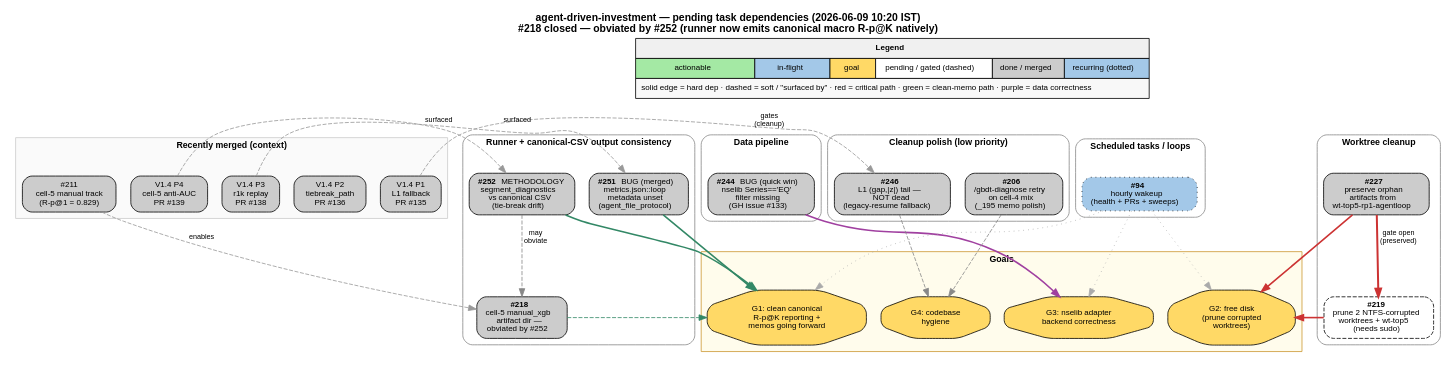
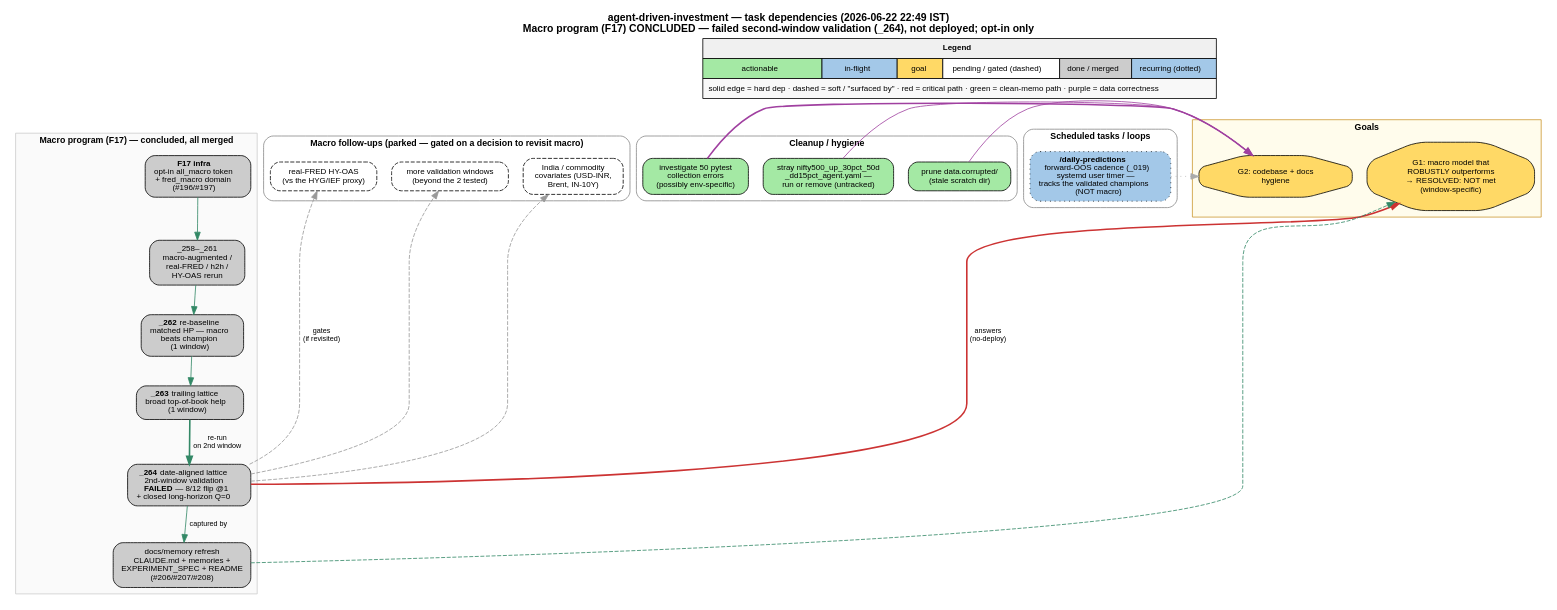
One commit to shayanrc/agent-driven-investment changed the diagram in docs/task_dependencies.dot. Above: the diagram before and after it, drawn with Graphviz. The commit also changed 2 other files, not shown here.

Commit message:
docs: regenerate task dependency graph to current state (post-macro)
The graph was a 2026-06-09 snapshot predating the macro program. Rebuild to reflect
reality: macro program (F17) concluded + all merged (infra -> _262 -> _263 -> _264 ->
docs) with _264's failed second-window validation resolving the 'robustly outperform'
goal as NOT met (no-deploy); parked optional follow-ups (real-FRED HY-OAS, more windows,
India/commodity covariates) as gated; cleanup items (data.corrupted/ prune, stray
nifty500 spec, 50 pytest collection errors) as actionable; /daily-predictions as the
recurring loop. Rendered PNG+SVG via graphviz per house style.

```diff
--- a/docs/task_dependencies.dot
+++ b/docs/task_dependencies.dot
@@ -1,153 +1,125 @@
 digraph tasks {
   rankdir=TB;
   fontname="Helvetica";
   bgcolor="white";
   node [fontname="Helvetica", fontsize=10, shape=box, style="rounded,filled", margin="0.15,0.08"];
   edge [fontname="Helvetica", fontsize=9];
-  graph [labelloc="t", label="agent-driven-investment — pending task dependencies (2026-06-09 10:20 IST)\n#218 closed — obviated by #252 (runner now emits canonical macro R-p@K natively)", fontsize=13, fontname="Helvetica-Bold"];
+  graph [labelloc="t", label="agent-driven-investment — task dependencies (2026-06-22 22:49 IST)\nMacro program (F17) CONCLUDED — failed second-window validation (_264), not deployed; opt-in only", fontsize=13, fontname="Helvetica-Bold"];
 
   // Legend in isolated top rank
   {
     rank=source;
     legend [shape=none, margin=0, label=<
       <TABLE BORDER="0" CELLBORDER="1" CELLSPACING="0" CELLPADDING="6">
         <TR><TD COLSPAN="6" BGCOLOR="#f0f0f0"><B>Legend</B></TD></TR>
         <TR>
           <TD BGCOLOR="#a4e9a4">actionable</TD>
           <TD BGCOLOR="#a3c8e8">in-flight</TD>
           <TD BGCOLOR="#ffd966">goal</TD>
           <TD BGCOLOR="#ffffff">pending / gated (dashed)</TD>
           <TD BGCOLOR="#cccccc">done / merged</TD>
           <TD BGCOLOR="#a3c8e8">recurring (dotted)</TD>
         </TR>
         <TR><TD COLSPAN="6" BGCOLOR="#f8f8f8">solid edge = hard dep · dashed = soft / "surfaced by" · red = critical path · green = clean-memo path · purple = data correctness</TD></TR>
       </TABLE>
     >];
   }
 
-  // Done cluster
-  subgraph cluster_done {
-    label = "Recently merged (context)";
+  // Macro program — concluded (done cluster)
+  subgraph cluster_macro {
+    label = "Macro program (F17) — concluded, all merged";
     style = "filled";
     fillcolor = "#fafafa";
     color = "#cccccc";
     fontname = "Helvetica-Bold";
     fontsize = 11;
 
-    v14p1 [label="V1.4 P1\nL1 fallback\nPR #135", fillcolor="#cccccc"];
-    v14p2 [label="V1.4 P2\ntiebreak_path\nPR #136", fillcolor="#cccccc"];
-    v14p3 [label="V1.4 P3\nr1k replay\nPR #138", fillcolor="#cccccc"];
-    v14p4 [label="V1.4 P4\ncell-5 anti-AUC\nPR #139", fillcolor="#cccccc"];
-    cell5_manual [label="#211\ncell-5 manual track\n(R-p@1 = 0.829)", fillcolor="#cccccc"];
+    m_infra [label=<<B>F17 infra</B><BR/>opt-in all_macro token<BR/>+ fred_macro domain<BR/>(#196/#197)>, fillcolor="#cccccc"];
+    m_258 [label="_258–_261\nmacro-augmented /\nreal-FRED / h2h /\nHY-OAS rerun", fillcolor="#cccccc"];
+    m_262 [label=<<B>_262</B> re-baseline<BR/>matched HP — macro<BR/>beats champion<BR/>(1 window)>, fillcolor="#cccccc"];
+    m_263 [label=<<B>_263</B> trailing lattice<BR/>broad top-of-book help<BR/>(1 window)>, fillcolor="#cccccc"];
+    m_264 [label=<<B>_264</B> date-aligned lattice<BR/>2nd-window validation<BR/><B>FAILED</B> — 8/12 flip @1<BR/>+ closed long-horizon Q=0>, fillcolor="#cccccc"];
+    m_docs [label="docs/memory refresh\nCLAUDE.md + memories +\nEXPERIMENT_SPEC + README\n(#206/#207/#208)", fillcolor="#cccccc"];
   }
 
-  // Runner / methodology cluster
-  subgraph cluster_runner {
-    label = "Runner + canonical-CSV output consistency";
+  // Macro follow-ups — parked / optional
+  subgraph cluster_followups {
+    label = "Macro follow-ups (parked — gated on a decision to revisit macro)";
     style = "rounded";
     color = "#888888";
     fontname = "Helvetica-Bold";
     fontsize = 11;
 
-    t251 [label=<<B>#251</B> BUG (merged)<BR/>metrics.json::loop<BR/>metadata unset<BR/>(agent_file_protocol)>, fillcolor="#cccccc"];
-    t252 [label=<<B>#252</B> METHODOLOGY<BR/>segment_diagnostics<BR/>vs canonical CSV<BR/>(tie-break drift)>, fillcolor="#cccccc"];
-    t218 [label=<<B>#218</B><BR/>cell-5 manual_xgb<BR/>artifact dir —<BR/>obviated by #252>, fillcolor="#cccccc"];
+    f_hyoas [label="real-FRED HY-OAS\n(vs the HYG/IEF proxy)", fillcolor="#ffffff", style="rounded,filled,dashed"];
+    f_windows [label="more validation windows\n(beyond the 2 tested)", fillcolor="#ffffff", style="rounded,filled,dashed"];
+    f_india [label="India / commodity\ncovariates (USD-INR,\nBrent, IN-10Y)", fillcolor="#ffffff", style="rounded,filled,dashed"];
   }
 
-  // Data pipeline
-  subgraph cluster_data {
-    label = "Data pipeline";
+  // Cleanup / hygiene
+  subgraph cluster_cleanup {
+    label = "Cleanup / hygiene";
     style = "rounded";
     color = "#888888";
     fontname = "Helvetica-Bold";
     fontsize = 11;
 
-    t244 [label=<<B>#244</B> BUG (quick win)<BR/>nselib Series=='EQ'<BR/>filter missing<BR/>(GH issue #133)>, fillcolor="#cccccc"];
-  }
-
-  // Worktree cleanup cluster
-  subgraph cluster_worktree {
-    label = "Worktree cleanup";
-    style = "rounded";
-    color = "#888888";
-    fontname = "Helvetica-Bold";
-    fontsize = 11;
-
-    t227 [label=<<B>#227</B><BR/>preserve orphan<BR/>artifacts from<BR/>wt-top5-rp1-agentloop>, fillcolor="#cccccc"];
-    t219 [label=<<B>#219</B><BR/>prune 2 NTFS-corrupted<BR/>worktrees + wt-top5<BR/>(needs sudo)>, fillcolor="#ffffff", style="rounded,filled,dashed"];
-  }
-
-  // Cleanup polish
-  subgraph cluster_cleanup {
-    label = "Cleanup polish (low priority)";
-    style = "rounded";
-    color = "#888888";
-    fontname = "Helvetica-Bold";
-    fontsize = 11;
-
-    t246 [label=<<B>#246</B><BR/>L1 (gap,|z|) tail —<BR/>NOT dead<BR/>(legacy-resume fallback)>, fillcolor="#cccccc"];
-    t206 [label=<<B>#206</B><BR/>/gbdt-diagnose retry<BR/>on cell-4 mix<BR/>(_195 memo polish)>, fillcolor="#cccccc", style="rounded,filled"];
+    c_corrupt [label="prune data.corrupted/\n(stale scratch dir)", fillcolor="#a4e9a4"];
+    c_spec [label="stray nifty500_up_30pct_50d\n_dd15pct_agent.yaml —\nrun or remove (untracked)", fillcolor="#a4e9a4"];
+    c_tests [label="investigate 50 pytest\ncollection errors\n(possibly env-specific)", fillcolor="#a4e9a4"];
   }
 
   // Scheduled / recurring
   subgraph cluster_recurring {
     label = "Scheduled tasks / loops";
     style = "rounded";
     color = "#888888";
     fontname = "Helvetica-Bold";
     fontsize = 11;
 
-    t94 [label=<<B>#94</B><BR/>hourly wakeup<BR/>(health + PRs + sweeps)>, fillcolor="#a3c8e8", style="rounded,filled,dotted"];
+    r_daily [label=<<B>/daily-predictions</B><BR/>forward-OOS cadence (_019)<BR/>systemd user timer —<BR/>tracks the validated champions<BR/>(NOT macro)>, fillcolor="#a3c8e8", style="rounded,filled,dotted"];
   }
 
   // Goals
   subgraph cluster_goals {
     label = "Goals";
     style = "filled";
     fillcolor = "#fffcec";
     color = "#cc9933";
     fontname = "Helvetica-Bold";
     fontsize = 11;
 
-    g1 [label="G1: clean canonical\nR-p@K reporting +\nmemos going forward", fillcolor="#ffd966", shape=octagon];
-    g2 [label="G2: free disk\n(prune corrupted\nworktrees)", fillcolor="#ffd966", shape=octagon];
-    g3 [label="G3: nselib adapter\nbackend correctness", fillcolor="#ffd966", shape=octagon];
-    g4 [label="G4: codebase\nhygiene", fillcolor="#ffd966", shape=octagon];
+    g_macro [label="G1: macro model that\nROBUSTLY outperforms\n→ RESOLVED: NOT met\n(window-specific)", fillcolor="#ffd966", shape=octagon];
+    g_hygiene [label="G2: codebase + docs\nhygiene", fillcolor="#ffd966", shape=octagon];
   }
 
-  // Invisible anchor edges (legend → cluster tops)
-  legend -> v14p1 [style="invis", weight=100];
-  legend -> t251 [style="invis", weight=100];
-  legend -> t244 [style="invis", weight=100];
-  legend -> t227 [style="invis", weight=100];
-  legend -> t246 [style="invis", weight=100];
-  legend -> t94 [style="invis", weight=100];
-  legend -> g1 [style="invis", weight=100];
+  // Invisible anchor edges (legend → cluster tops) — center the legend
+  legend -> m_infra [style="invis", weight=100];
+  legend -> f_hyoas [style="invis", weight=100];
+  legend -> c_corrupt [style="invis", weight=100];
+  legend -> r_daily [style="invis", weight=100];
+  legend -> g_macro [style="invis", weight=100];
 
-  // Done → pending: "surfaced by" / "gates" edges
-  v14p3 -> t251 [style="dashed", color="#999999", label="surfaced"];
-  v14p4 -> t252 [style="dashed", color="#999999", label="surfaced"];
-  v14p1 -> t246 [style="dashed", color="#999999", label="gates\n(cleanup)"];
-  cell5_manual -> t218 [style="dashed", color="#999999", label="enables"];
+  // Macro program flow (clean-memo path, green)
+  m_infra -> m_258 [color="#338866"];
+  m_258 -> m_262 [color="#338866"];
+  m_262 -> m_263 [color="#338866"];
+  m_263 -> m_264 [color="#338866", penwidth=2, label="re-run\non 2nd window"];
+  m_264 -> m_docs [color="#338866", label="captured by"];
 
-  // Hard deps within pending
-  t227 -> t219 [color="#cc3333", penwidth=2.5, label="gate open\n(preserved)"];
+  // Conclusion → goal (resolved)
+  m_264 -> g_macro [color="#cc3333", penwidth=2, label="answers\n(no-deploy)"];
+  m_docs -> g_macro [style="dashed", color="#338866"];
 
-  // Soft deps: #252 may obviate #218
-  t252 -> t218 [style="dashed", color="#888888", label="may\nobviate"];
+  // Concluded program gates the parked follow-ups (only if macro is revisited)
+  m_264 -> f_hyoas [style="dashed", color="#999999", label="gates\n(if revisited)"];
+  m_264 -> f_windows [style="dashed", color="#999999"];
+  m_264 -> f_india [style="dashed", color="#999999"];
 
-  // Pending → goals (colored per workstream)
-  t251 -> g1 [color="#338866", penwidth=2];
-  t252 -> g1 [color="#338866", penwidth=2];
-  t218 -> g1 [style="dashed", color="#338866"];
-  t227 -> g2 [color="#cc3333", penwidth=2];
-  t219 -> g2 [color="#cc3333", penwidth=2];
-  t244 -> g3 [color="#a040a0", penwidth=2];
-  t246 -> g4 [style="dashed", color="#888888"];
-  t206 -> g4 [style="dashed", color="#888888"];
+  // Cleanup → hygiene goal
+  c_corrupt -> g_hygiene [color="#a040a0"];
+  c_spec -> g_hygiene [color="#a040a0"];
+  c_tests -> g_hygiene [color="#a040a0", penwidth=2];
 
-  // Recurring task supervises (dotted)
-  t94 -> g1 [style="dotted", color="#aaaaaa"];
-  t94 -> g2 [style="dotted", color="#aaaaaa"];
-  t94 -> g3 [style="dotted", color="#aaaaaa"];
+  // Recurring supervises the deployed pipeline (dotted)
+  r_daily -> g_hygiene [style="dotted", color="#aaaaaa"];
 }
```
